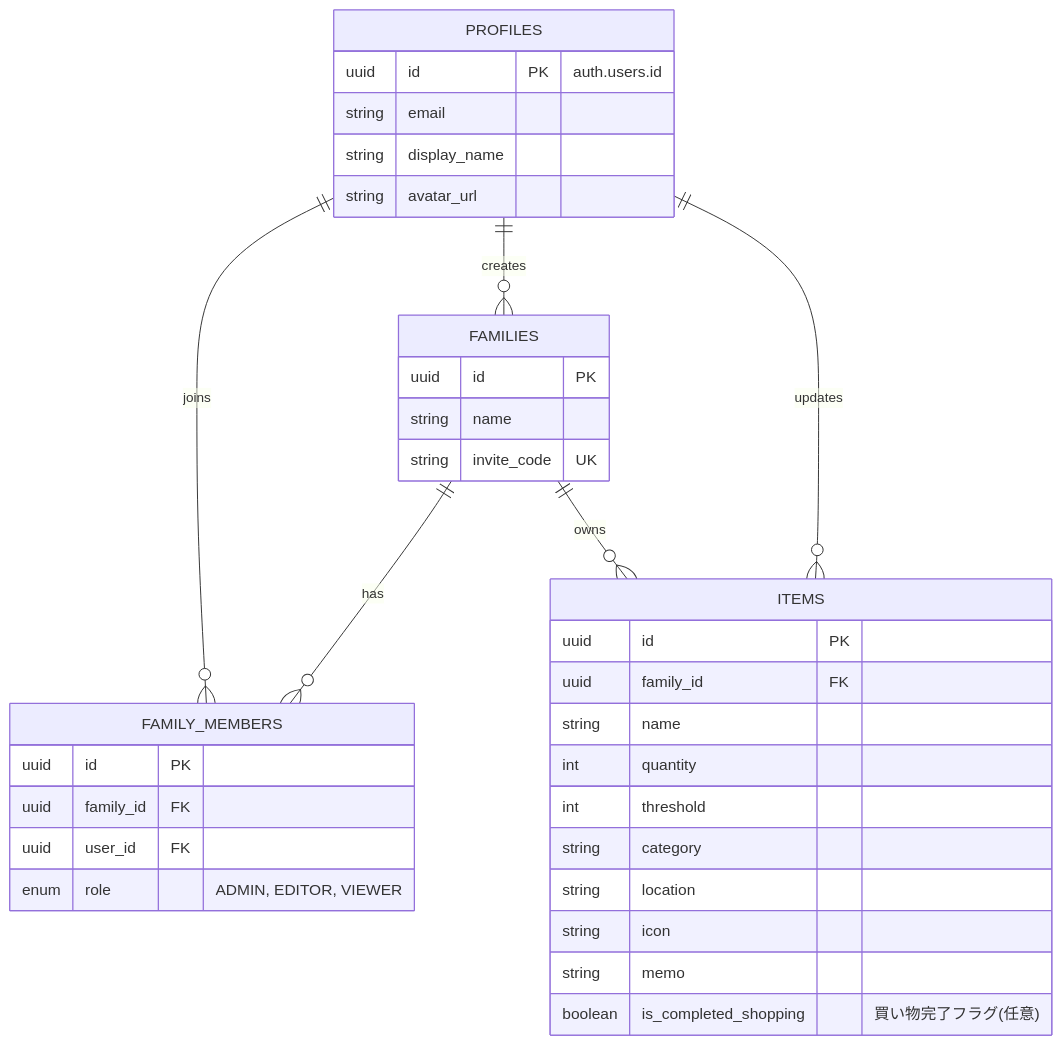
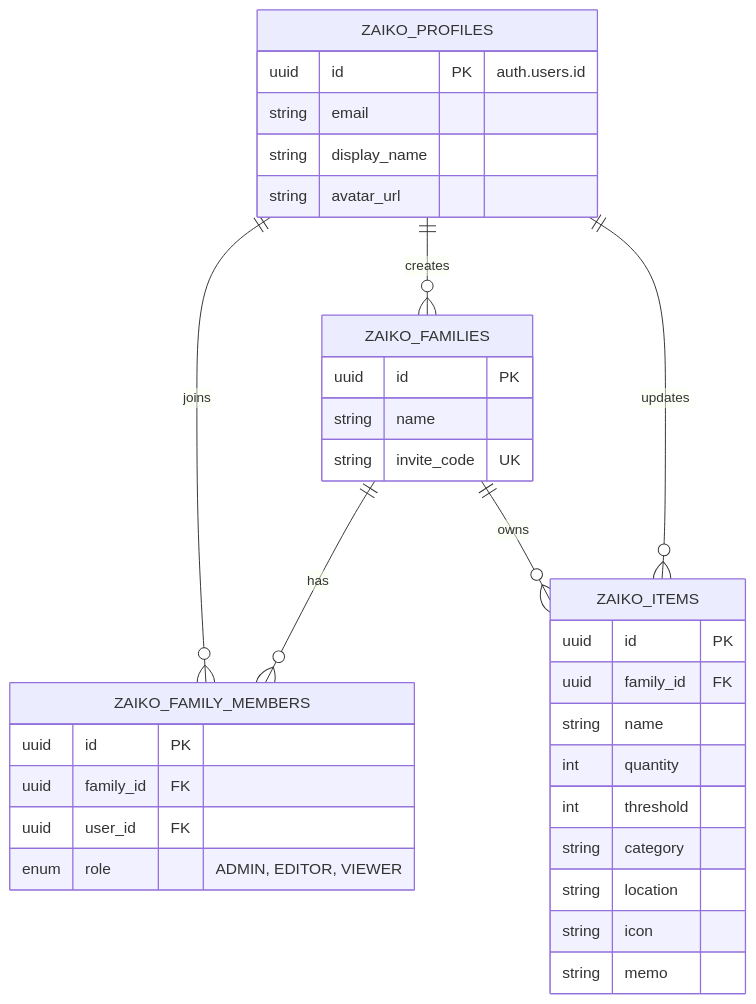
Before and after one commit to TKMhub/simpro-app: the diagram in docs/zaiko/4.database-design.md, drawn with Mermaid. The commit also changed other lines of this file and 1 other file, not shown here.

````diff
--- a/docs/zaiko/4.database-design.md
+++ b/docs/zaiko/4.database-design.md
@@ -8,41 +11,40 @@
 ```mermaid
 erDiagram
-    PROFILES ||--o{ FAMILY_MEMBERS : "joins"
-    PROFILES ||--o{ FAMILIES : "creates"
-    FAMILIES ||--o{ FAMILY_MEMBERS : "has"
-    FAMILIES ||--o{ ITEMS : "owns"
-    PROFILES ||--o{ ITEMS : "updates"
+    ZAIKO_PROFILES ||--o{ ZAIKO_FAMILY_MEMBERS : "joins"
+    ZAIKO_PROFILES ||--o{ ZAIKO_FAMILIES : "creates"
+    ZAIKO_FAMILIES ||--o{ ZAIKO_FAMILY_MEMBERS : "has"
+    ZAIKO_FAMILIES ||--o{ ZAIKO_ITEMS : "owns"
+    ZAIKO_PROFILES ||--o{ ZAIKO_ITEMS : "updates"
 
-    PROFILES {
+    ZAIKO_PROFILES {
         uuid id PK "auth.users.id"
         string email
         string display_name
         string avatar_url
     }
 
-    FAMILIES {
+    ZAIKO_FAMILIES {
         uuid id PK
         string name
         string invite_code UK
     }
 
-    FAMILY_MEMBERS {
+    ZAIKO_FAMILY_MEMBERS {
         uuid id PK
         uuid family_id FK
         uuid user_id FK
         enum role "ADMIN, EDITOR, VIEWER"
     }
 
-    ITEMS {
+    ZAIKO_ITEMS {
         uuid id PK
         uuid family_id FK
         string name
         int quantity
         int threshold
         string category
         string location
         string icon
         string memo
-        boolean is_completed_shopping "買い物完了フラグ(任意)"
     }
 ```
````
